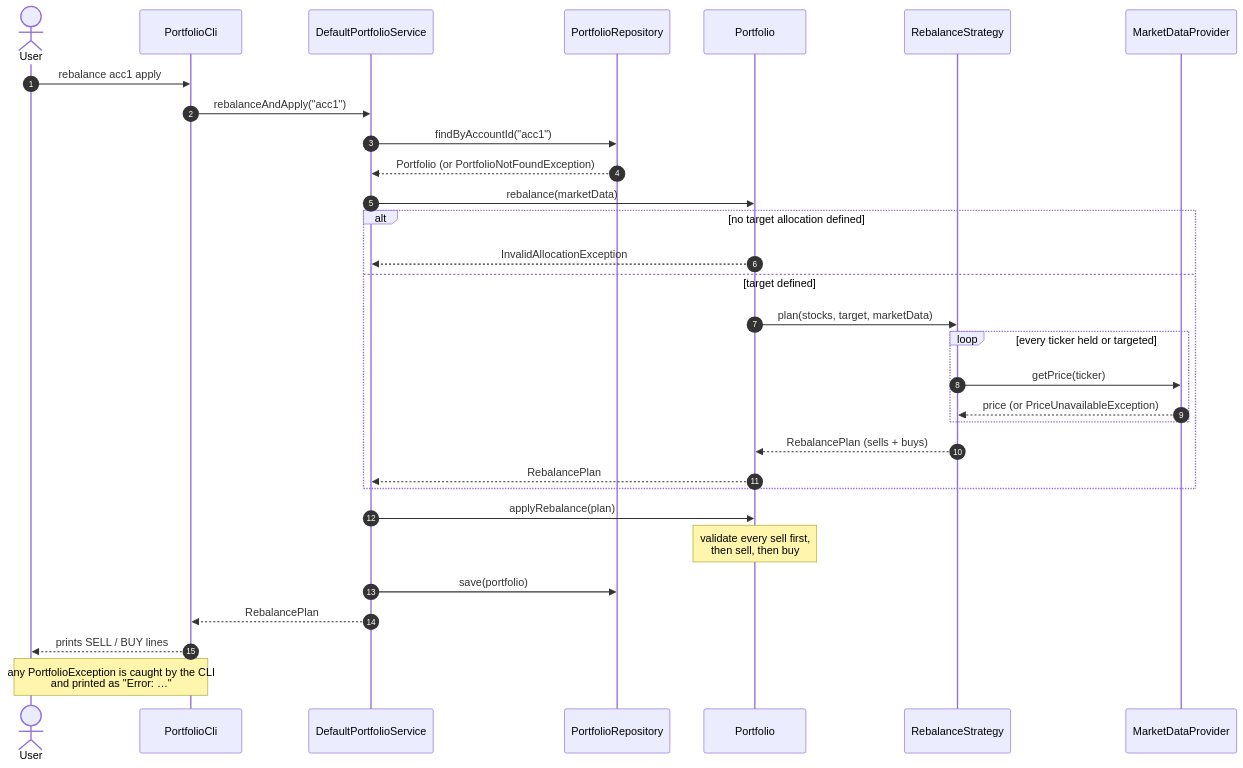
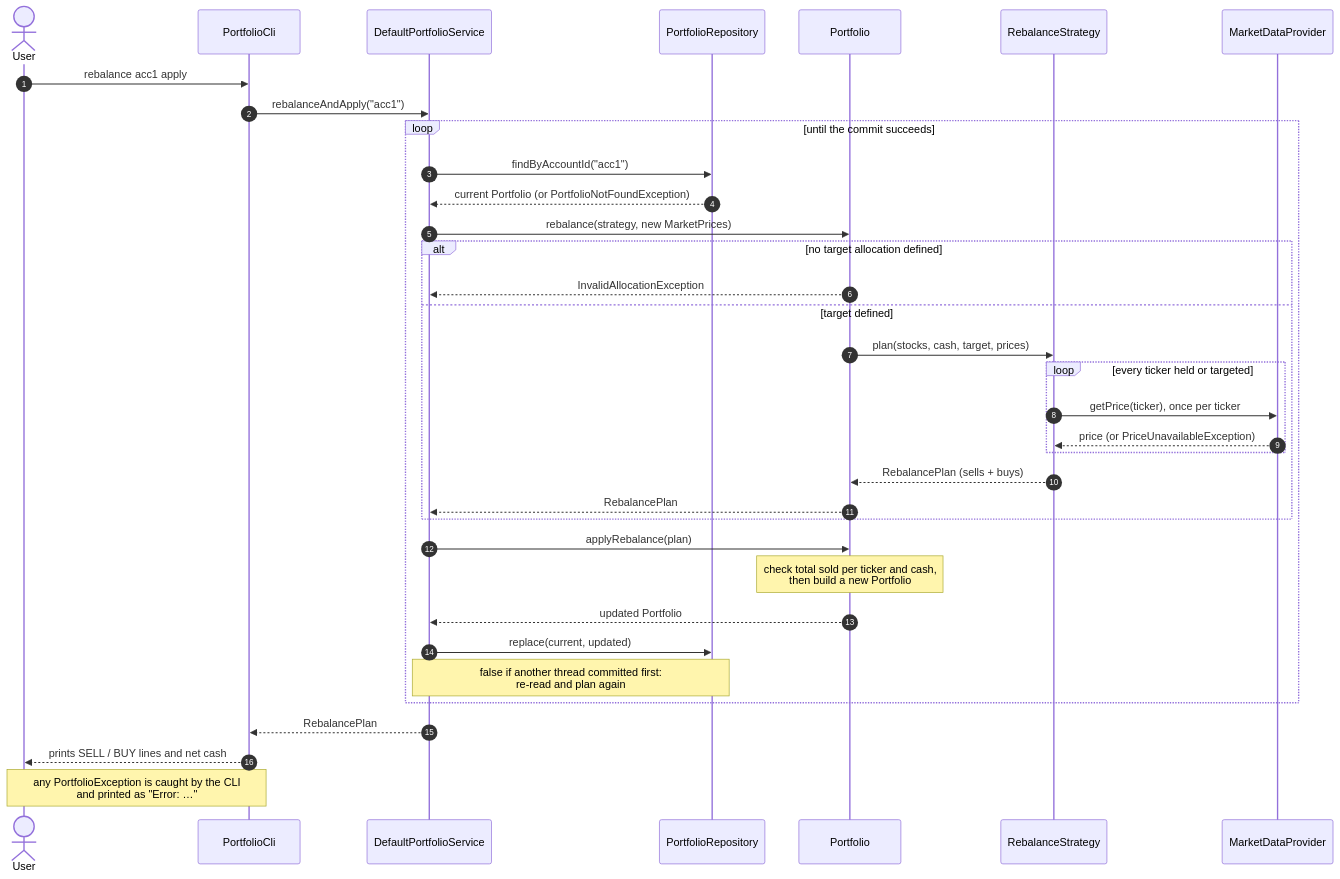
The third of 5 diagrams in docs/ARCHITECTURE.md (carlos-vegamu/PortfolioManagement), drawn with Mermaid before and after one commit. The commit also changed other lines of this file and 33 other files, not shown here.

````diff
--- a/docs/ARCHITECTURE.md
+++ b/docs/ARCHITECTURE.md
@@ -198,37 +218,39 @@
 ```mermaid
 sequenceDiagram
     autonumber
     actor User
     participant CLI as PortfolioCli
     participant Svc as DefaultPortfolioService
     participant Repo as PortfolioRepository
     participant PF as Portfolio
     participant Strat as RebalanceStrategy
     participant Mkt as MarketDataProvider
 
     User->>CLI: rebalance acc1 apply
     CLI->>Svc: rebalanceAndApply("acc1")
-    Svc->>Repo: findByAccountId("acc1")
-    Repo-->>Svc: Portfolio (or PortfolioNotFoundException)
-
-    Svc->>PF: rebalance(marketData)
-    alt no target allocation defined
-        PF-->>Svc: InvalidAllocationException
-    else target defined
-        PF->>Strat: plan(stocks, target, marketData)
-        loop every ticker held or targeted
-            Strat->>Mkt: getPrice(ticker)
-            Mkt-->>Strat: price (or PriceUnavailableException)
+    loop until the commit succeeds
+        Svc->>Repo: findByAccountId("acc1")
+        Repo-->>Svc: current Portfolio (or PortfolioNotFoundException)
+        Svc->>PF: rebalance(strategy, new MarketPrices)
+        alt no target allocation defined
+            PF-->>Svc: InvalidAllocationException
+        else target defined
+            PF->>Strat: plan(stocks, cash, target, prices)
+            loop every ticker held or targeted
+                Strat->>Mkt: getPrice(ticker), once per ticker
+                Mkt-->>Strat: price (or PriceUnavailableException)
+            end
+            Strat-->>PF: RebalancePlan (sells + buys)
+            PF-->>Svc: RebalancePlan
         end
-        Strat-->>PF: RebalancePlan (sells + buys)
-        PF-->>Svc: RebalancePlan
+        Svc->>PF: applyRebalance(plan)
+        Note over PF: check total sold per ticker and cash,<br/>then build a new Portfolio
+        PF-->>Svc: updated Portfolio
+        Svc->>Repo: replace(current, updated)
+        Note over Svc,Repo: false if another thread committed first:<br/>re-read and plan again
     end
-
-    Svc->>PF: applyRebalance(plan)
-    Note over PF: validate every sell first,<br/>then sell, then buy
-    Svc->>Repo: save(portfolio)
     Svc-->>CLI: RebalancePlan
-    CLI-->>User: prints SELL / BUY lines
+    CLI-->>User: prints SELL / BUY lines and net cash
 
     Note over CLI,User: any PortfolioException is caught by the CLI<br/>and printed as "Error: …"
 ```
````
